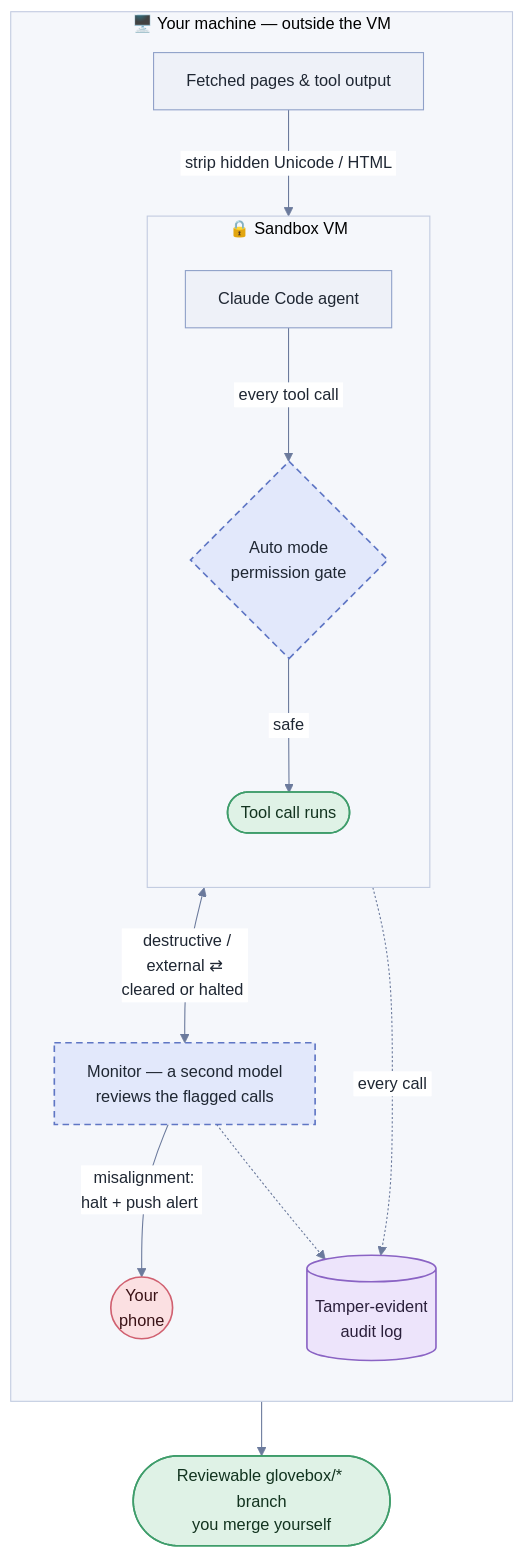
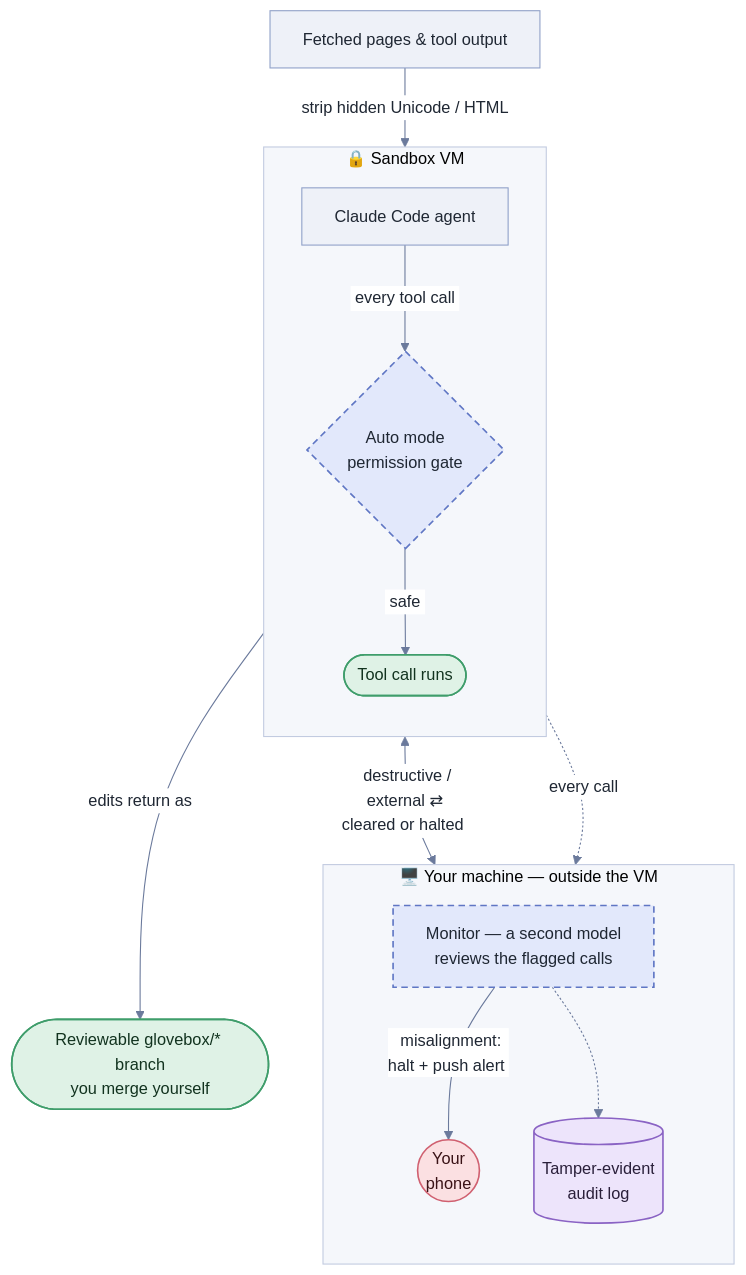
Before and after one commit to alexander-turner/TurnTrout.com: the diagram in quartz/plugins/transformers/.readme-snapshots/alexander-turner__claude-guard__main__README.md, drawn with Mermaid. The commit also changed other lines of this file and 1 other file, not shown here.

````diff
--- a/quartz/plugins/transformers/.readme-snapshots/alexander-turner__claude-guard__main__README.md
+++ b/quartz/plugins/transformers/.readme-snapshots/alexander-turner__claude-guard__main__README.md
@@ -112,47 +111,48 @@
 ```mermaid
 %%{init: {'theme':'base','themeVariables':{
   'fontSize':'15px',
   'primaryColor':'#eef1f8',
   'primaryTextColor':'#1f2733',
   'primaryBorderColor':'#8fa0c8',
   'lineColor':'#6b7a9c',
   'clusterBkg':'#f5f7fb',
   'clusterBorder':'#c2cbe0',
   'edgeLabelBackground':'#ffffff'
 }, 'themeCSS': '.node .label, .node .label foreignObject, .node .nodeLabel { overflow: visible; }'}}%%
 flowchart TB
+    IN["Fetched pages &amp; tool output"]
+
+    subgraph VM["🔒 Sandbox VM"]
+        direction TB
+        AGENT["Claude Code agent"]
+        AUTO{"Auto mode<br/>permission gate"}
+        RUN(["Tool call runs"])
+    end
+
     subgraph HOST["🖥️ Your machine — outside the VM"]
         direction TB
-        IN["Fetched pages &amp; tool output"]
         MON["Monitor — a second model<br/>reviews the flagged calls"]
         AUDIT[("Tamper-evident<br/>audit log")]
         PHONE(("Your<br/>phone"))
-
-        subgraph VM["🔒 Sandbox VM"]
-            direction TB
-            AGENT["Claude Code agent"]
-            AUTO{"Auto mode<br/>permission gate"}
-            RUN(["Tool call runs"])
-        end
     end
 
     BRANCH(["Reviewable glovebox/* branch<br/>you merge yourself"])
 
-    IN -->|"&nbsp;strip hidden Unicode / HTML&nbsp;"| AGENT
+    IN -->|"&nbsp;strip hidden Unicode / HTML&nbsp;"| VM
     AGENT -->|"&nbsp;every tool call&nbsp;"| AUTO
     AUTO -->|"&nbsp;safe&nbsp;"| RUN
     AUTO <-->|"&nbsp;destructive /<br/>external ⇄<br/>cleared or halted&nbsp;"| MON
     MON -->|"&nbsp;misalignment:<br/>halt + push alert&nbsp;"| PHONE
     AUTO -.->|"&nbsp;every call&nbsp;"| AUDIT
     MON -.-> AUDIT
-    RUN --> BRANCH
+    RUN -->|"&nbsp;edits return as&nbsp;"| BRANCH
 
     classDef filter fill:#e2e8fb,stroke:#5f76c4,stroke-width:1.5px,stroke-dasharray:6 4,color:#1f2733
     classDef safe fill:#dff2e6,stroke:#3f9d6b,stroke-width:1.5px,color:#12331f
     classDef store fill:#ede4fb,stroke:#8a63c4,stroke-width:1.5px,color:#2a1f3a
     classDef alert fill:#fbe0e2,stroke:#d06070,stroke-width:1.5px,color:#3a1216
     class AUTO,MON filter
     class RUN,BRANCH safe
     class AUDIT store
     class PHONE alert
 ```
````
